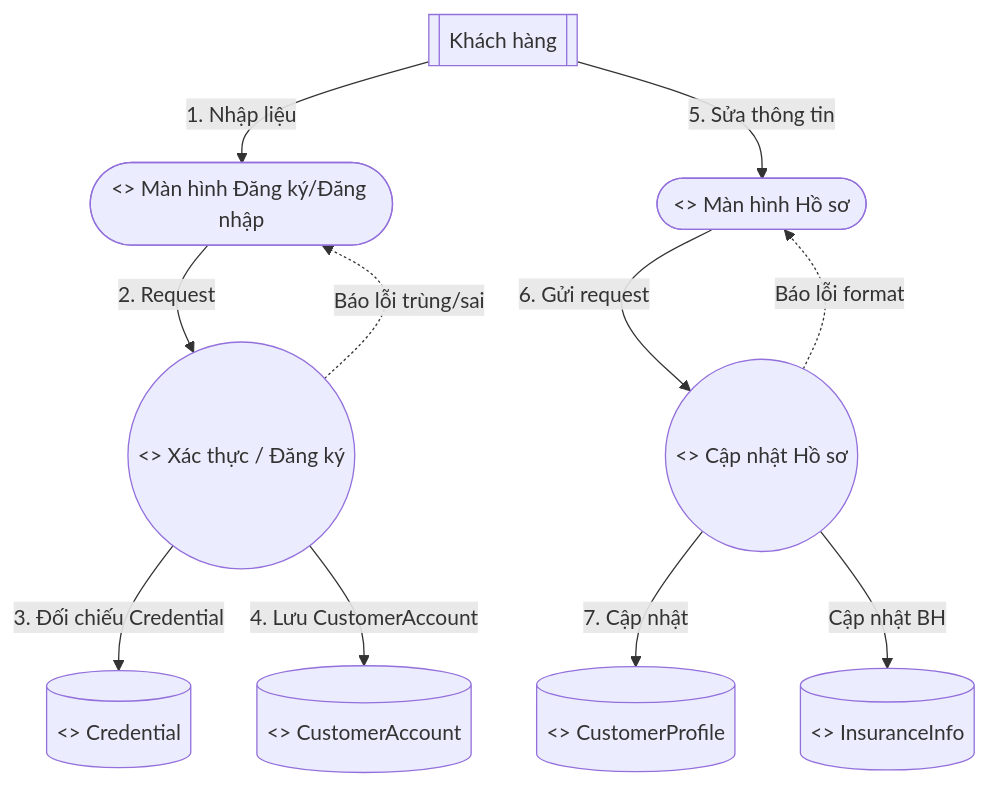
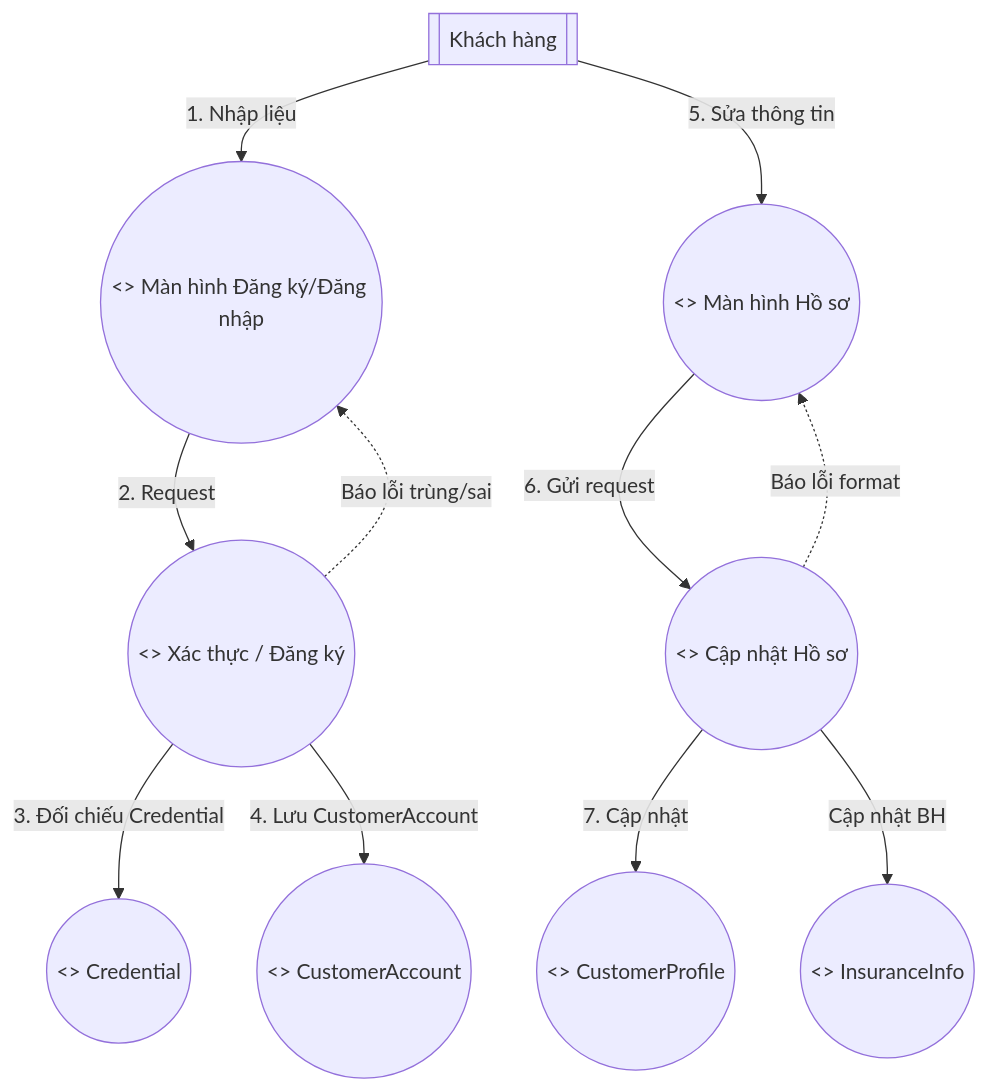
One commit to qhun22/qq changed the first of 10 diagrams in README.md. Above: the diagram before and after it, drawn with Mermaid. The commit also changed other lines of this file, not shown here.

````diff
--- a/README.md
+++ b/README.md
@@ -50,27 +39,27 @@
 ```mermaid
 flowchart TD
   A_CUS[[Khách hàng]]
-  B_UI([<<boundary>> Màn hình Đăng ký/Đăng nhập])
-  B_PROF([<<boundary>> Màn hình Hồ sơ])
+  B_UI((<<boundary>> Màn hình Đăng ký/Đăng nhập))
+  B_PROF((<<boundary>> Màn hình Hồ sơ))
   
   C_AUTH((<<control>> Xác thực / Đăng ký))
   C_PROF((<<control>> Cập nhật Hồ sơ))
   
-  E_ACC[(<<entity>> CustomerAccount)]
-  E_CRED[(<<entity>> Credential)]
-  E_PROF[(<<entity>> CustomerProfile)]
-  E_INS[(<<entity>> InsuranceInfo)]
+  E_ACC((<<entity>> CustomerAccount))
+  E_CRED((<<entity>> Credential))
+  E_PROF((<<entity>> CustomerProfile))
+  E_INS((<<entity>> InsuranceInfo))
 
   A_CUS -->|1. Nhập liệu| B_UI
   B_UI -->|2. Request| C_AUTH
   
   C_AUTH -.->|Báo lỗi trùng/sai| B_UI
   C_AUTH -->|3. Đối chiếu Credential| E_CRED
   C_AUTH -->|4. Lưu CustomerAccount| E_ACC
   
   A_CUS -->|5. Sửa thông tin| B_PROF
   B_PROF -->|6. Gửi request| C_PROF
   C_PROF -->|7. Cập nhật| E_PROF
   C_PROF -->|Cập nhật BH| E_INS
   C_PROF -.->|Báo lỗi format| B_PROF
 ```
````
